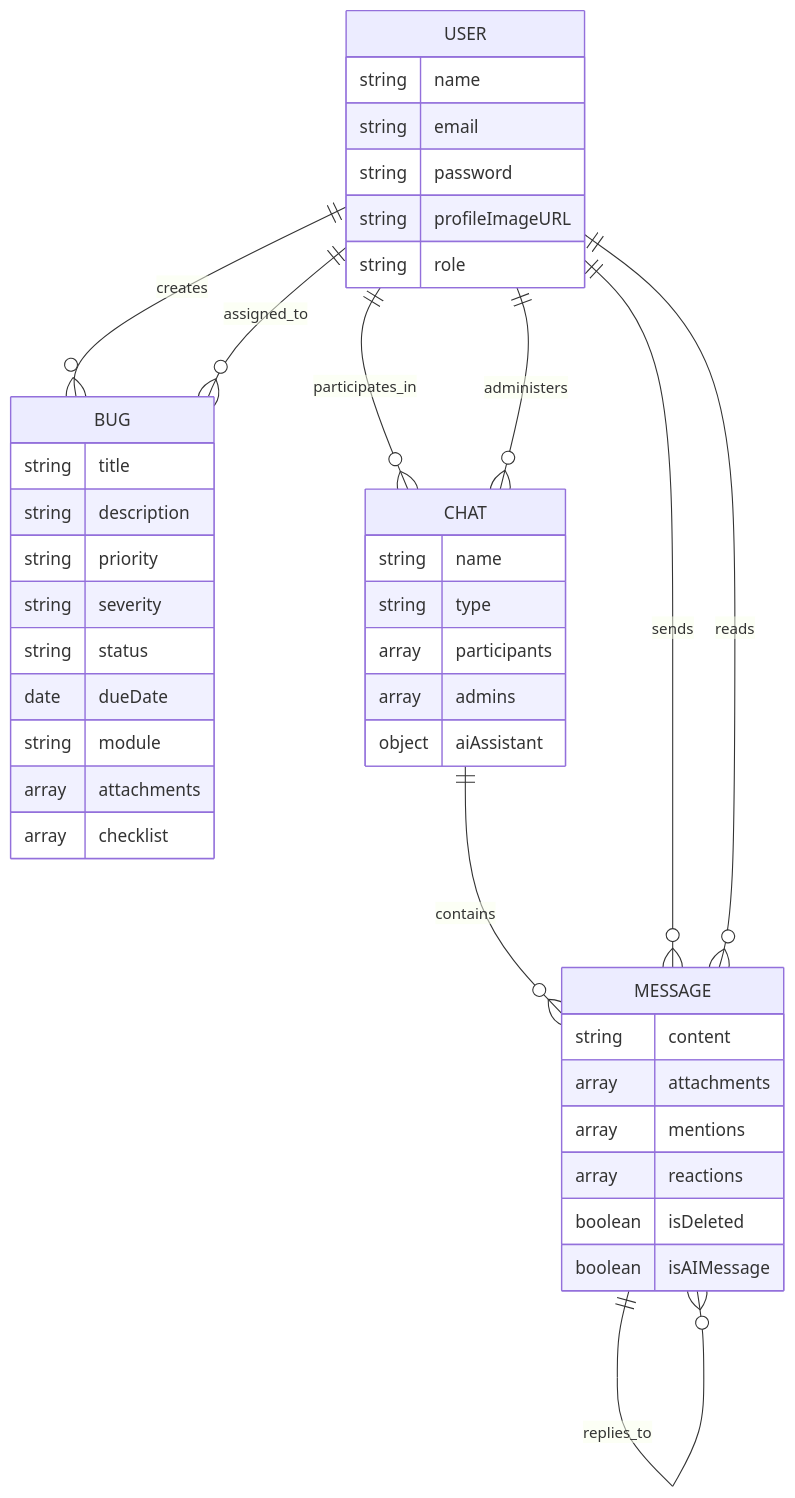
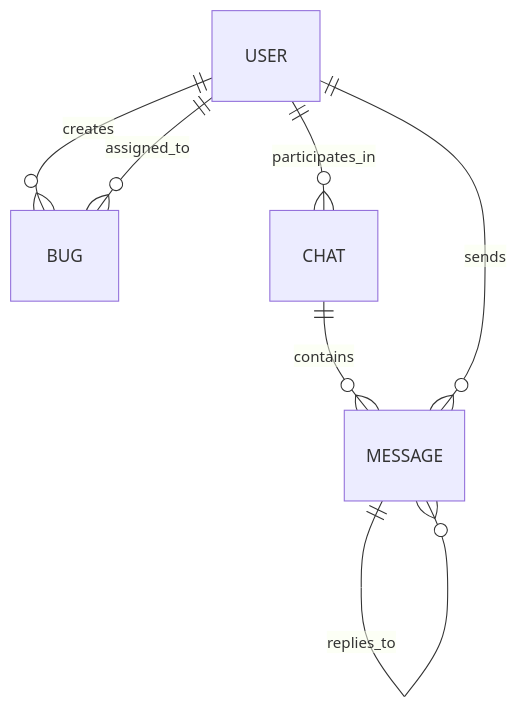
Before and after one commit to Rishy-09/CtrlX_Error: the fourth of 4 diagrams in README.md, drawn with Mermaid. The commit also changed other lines of this file and 15 other files, not shown here.

````diff
--- a/README.md
+++ b/README.md
@@ -559,48 +428,9 @@
 ```mermaid
 erDiagram
     USER ||--o{ BUG : creates
     USER ||--o{ BUG : assigned_to
     USER ||--o{ CHAT : participates_in
-    USER ||--o{ CHAT : administers
     CHAT ||--o{ MESSAGE : contains
+    USER ||--o{ MESSAGE : sends
     MESSAGE ||--o{ MESSAGE : replies_to
-    USER ||--o{ MESSAGE : sends
-    USER ||--o{ MESSAGE : reads
-
-    USER {
-        string name
-        string email
-        string password
-        string profileImageURL
-        string role
-    }
-
-    BUG {
-        string title
-        string description
-        string priority
-        string severity
-        string status
-        date dueDate
-        string module
-        array attachments
-        array checklist
-    }
-
-    CHAT {
-        string name
-        string type
-        array participants
-        array admins
-        object aiAssistant
-    }
-
-    MESSAGE {
-        string content
-        array attachments
-        array mentions
-        array reactions
-        boolean isDeleted
-        boolean isAIMessage
-    }
 ```
````
